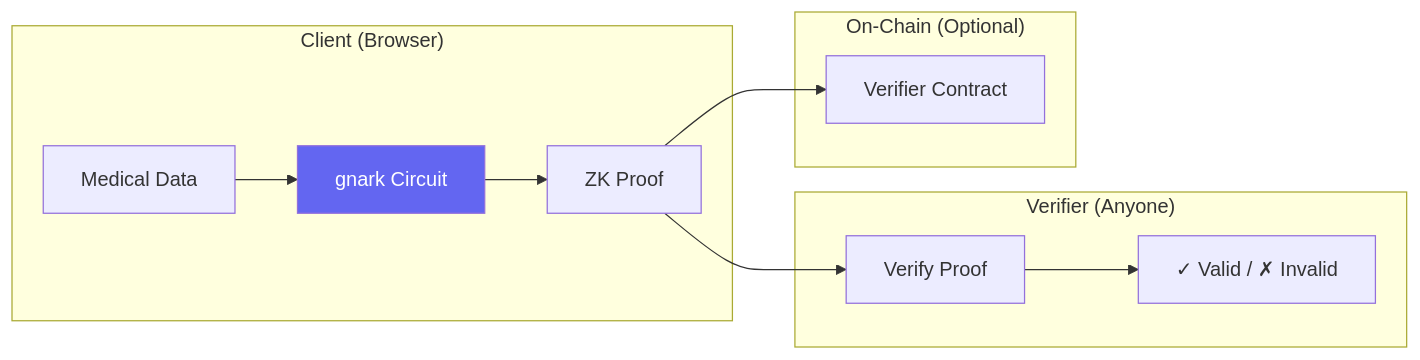
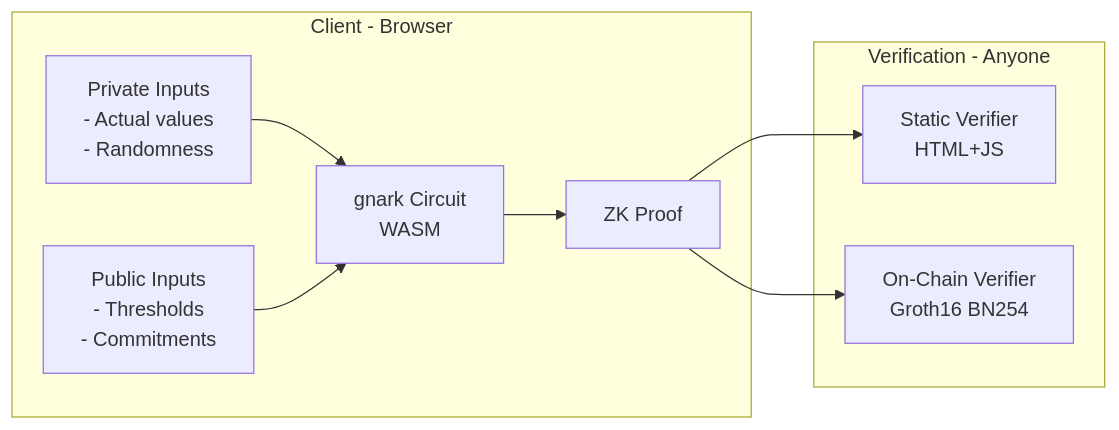
Before and after one commit to itspablomontes/fleming: diagram 14 of 18 in docs/ARCHITECTURE.md, drawn with Mermaid. The commit also changed other lines of this file and 1 other file, not shown here.

````diff
--- a/docs/ARCHITECTURE.md
+++ b/docs/ARCHITECTURE.md
@@ -287,24 +758,28 @@
 ```mermaid
 graph LR
-    subgraph "Client (Browser)"
-        Data[Medical Data]
-        Circuit[gnark Circuit]
+    subgraph client [Client - Browser]
+        Private[Private Inputs
+        - Actual values
+        - Randomness]
+        Public[Public Inputs
+        - Thresholds
+        - Commitments]
+        Circuit[gnark Circuit
+        WASM]
         Proof[ZK Proof]
-        Data --> Circuit
+        
+        Private --> Circuit
+        Public --> Circuit
         Circuit --> Proof
     end
 
-    subgraph "Verifier (Anyone)"
-        Verify[Verify Proof]
-        Result[✓ Valid / ✗ Invalid]
-        Proof --> Verify
-        Verify --> Result
+    subgraph verify [Verification - Anyone]
+        StaticV[Static Verifier
+        HTML+JS]
+        OnChain[On-Chain Verifier
+        Groth16 BN254]
+        
+        Proof --> StaticV
+        Proof --> OnChain
     end
-
-    subgraph "On-Chain (Optional)"
-        Contract[Verifier Contract]
-        Proof --> Contract
-    end
-
-    style Circuit fill:#6366f1,color:#fff
 ```
````
